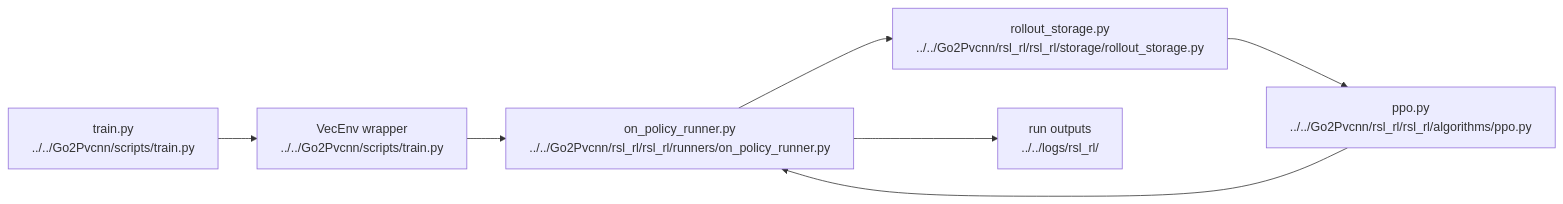
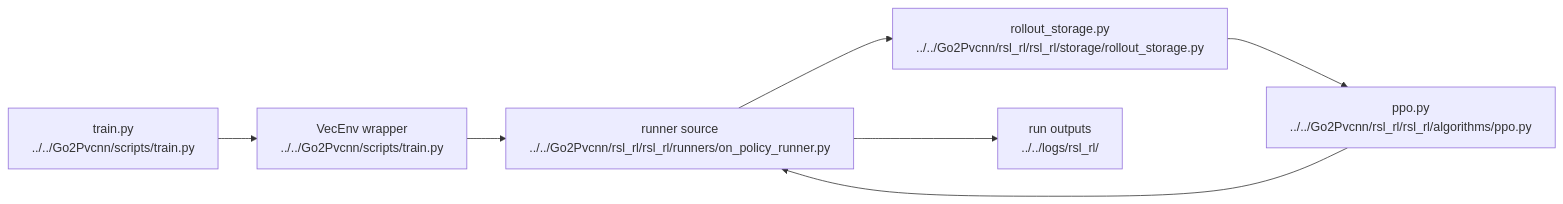
One commit to lukeyang117/Go2Pvcnn changed the diagram in notes/ai/ai-05-ppo-and-runner.md. Above: the diagram before and after it, drawn with Mermaid. The commit also changed other lines of this file and 73 other files, not shown here.

````diff
--- a/notes/ai/ai-05-ppo-and-runner.md
+++ b/notes/ai/ai-05-ppo-and-runner.md
@@ -17,16 +17,16 @@
 ```mermaid
 graph LR
     train["train.py\n../../Go2Pvcnn/scripts/train.py"]
     wrapper["VecEnv wrapper\n../../Go2Pvcnn/scripts/train.py"]
-    runner["on_policy_runner.py\n../../Go2Pvcnn/rsl_rl/rsl_rl/runners/on_policy_runner.py"]
+    runner["runner source\n../../Go2Pvcnn/rsl_rl/rsl_rl/runners/on_policy_runner.py"]
     storage["rollout_storage.py\n../../Go2Pvcnn/rsl_rl/rsl_rl/storage/rollout_storage.py"]
     algo["ppo.py\n../../Go2Pvcnn/rsl_rl/rsl_rl/algorithms/ppo.py"]
     logs["run outputs\n../../logs/rsl_rl/"]
 
     train --> wrapper
     wrapper --> runner
     runner --> storage
     storage --> algo
     algo --> runner
     runner --> logs
 ```
````
